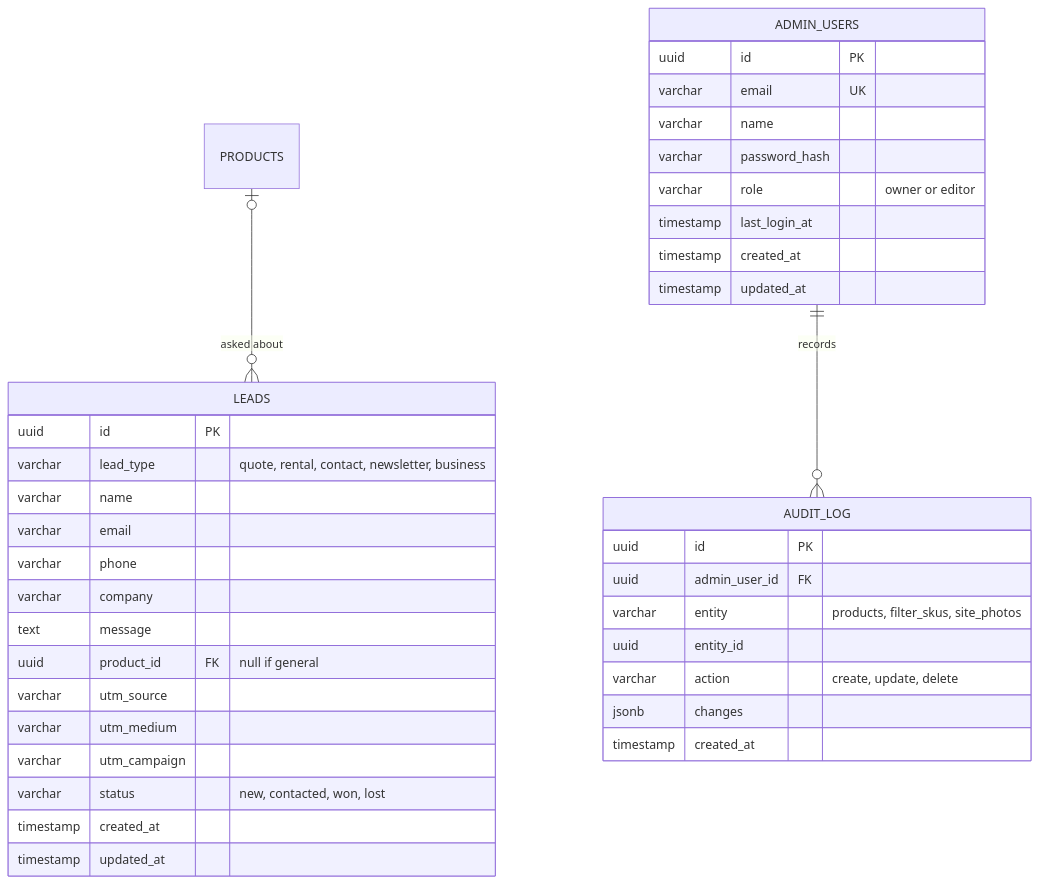
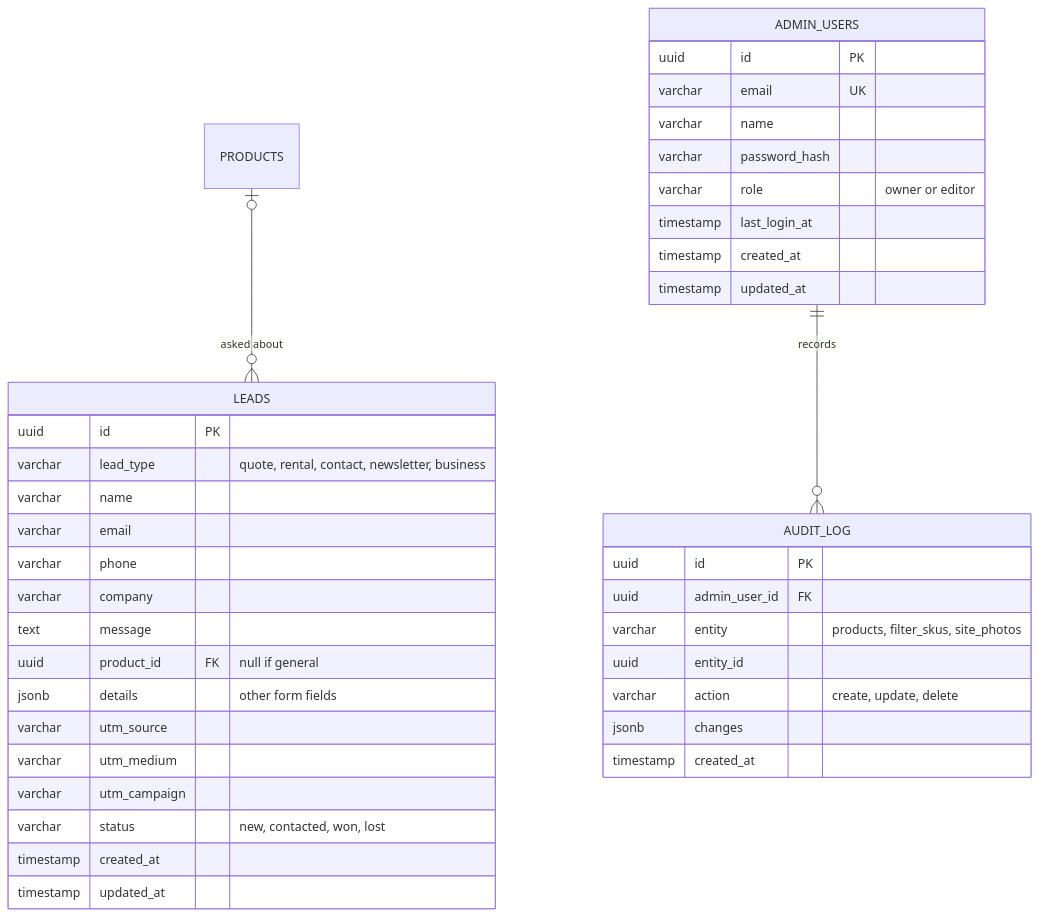
One commit to autoforgesystem/hiq-shop-apps changed the sixth of 6 diagrams in docs/DATABASE.md. Above: the diagram before and after it, drawn with Mermaid. The commit also changed other lines of this file and 3 other files, not shown here.

````diff
--- a/docs/DATABASE.md
+++ b/docs/DATABASE.md
@@ -341,41 +352,42 @@
 ```mermaid
 erDiagram
     PRODUCTS |o--o{ LEADS : "asked about"
     ADMIN_USERS ||--o{ AUDIT_LOG : records
 
     LEADS {
         uuid id PK
         varchar lead_type "quote, rental, contact, newsletter, business"
         varchar name
         varchar email
         varchar phone
         varchar company
         text message
         uuid product_id FK "null if general"
+        jsonb details "other form fields"
         varchar utm_source
         varchar utm_medium
         varchar utm_campaign
         varchar status "new, contacted, won, lost"
         timestamp created_at
         timestamp updated_at
     }
     ADMIN_USERS {
         uuid id PK
         varchar email UK
         varchar name
         varchar password_hash
         varchar role "owner or editor"
         timestamp last_login_at
         timestamp created_at
         timestamp updated_at
     }
     AUDIT_LOG {
         uuid id PK
         uuid admin_user_id FK
         varchar entity "products, filter_skus, site_photos"
         uuid entity_id
         varchar action "create, update, delete"
         jsonb changes
         timestamp created_at
     }
 ```
````
